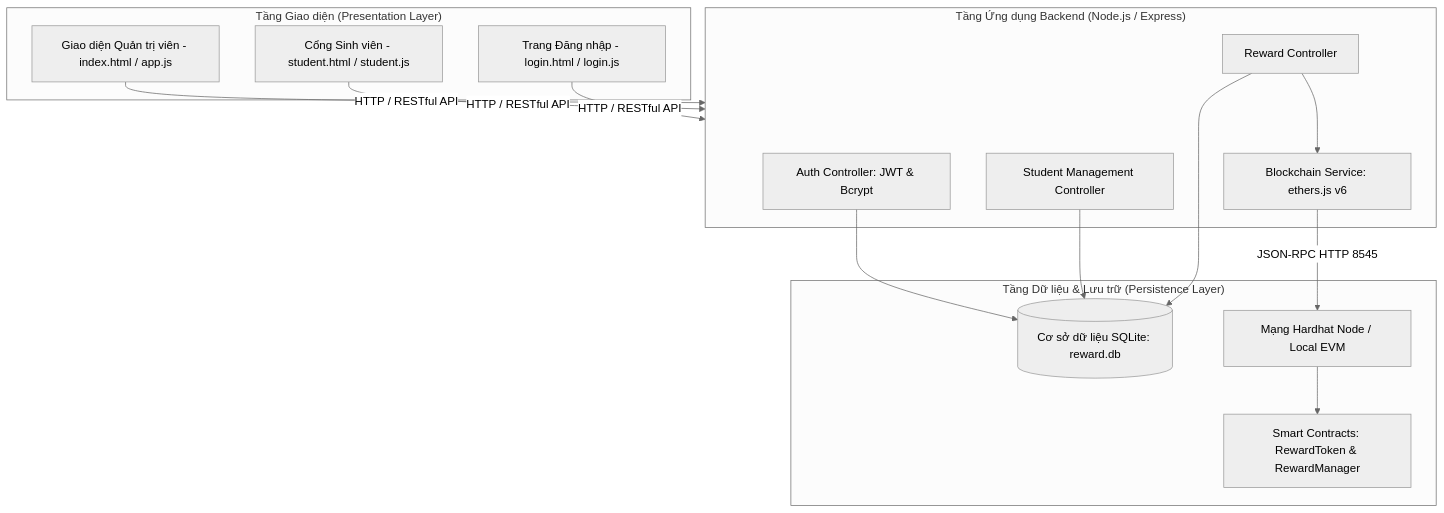
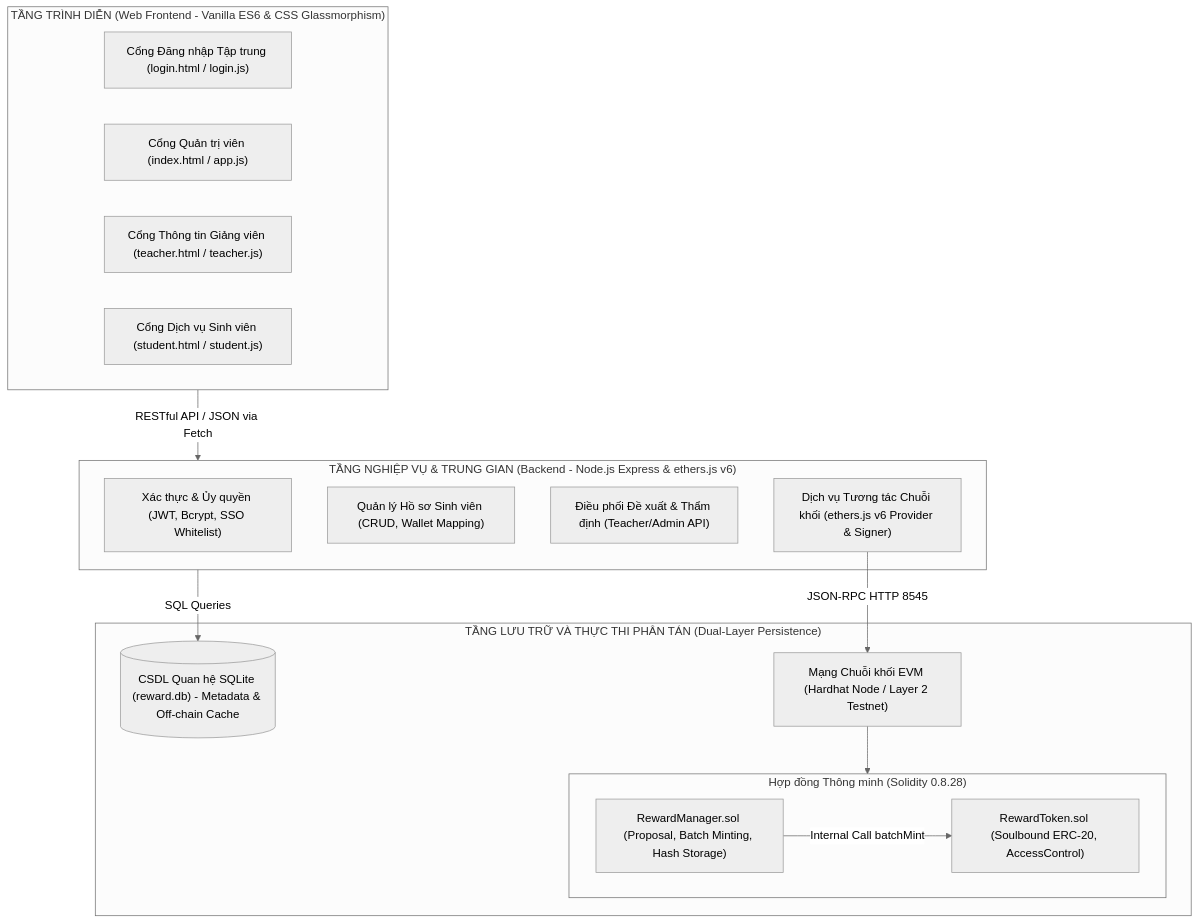
Before and after one commit to phamhoa205/ictu-blockchain: the second of 3 diagrams in docs/BAO_CAO_NGHIEN_CUU_KHOA_HOC_ICTU.md, drawn with Mermaid (neutral theme). The commit also changed other lines of this file and 34 other files, not shown here.

Commit message:
feat: complete ICTU Blockchain Reward System with multi-role portal and Vercel configuration

````diff
--- a/docs/BAO_CAO_NGHIEN_CUU_KHOA_HOC_ICTU.md
+++ b/docs/BAO_CAO_NGHIEN_CUU_KHOA_HOC_ICTU.md
@@ -92,33 +131,31 @@
 ```mermaid
 graph TB
-    subgraph Presentation_Layer ["Tầng Giao diện (Presentation Layer)"]
-        UI_Admin[Giao diện Quản trị viên - index.html / app.js]
-        UI_Student[Cổng Sinh viên - student.html / student.js]
-        UI_Login[Trang Đăng nhập - login.html / login.js]
+    subgraph Presentation_Layer ["TẦNG TRÌNH DIỄN (Web Frontend - Vanilla ES6 & CSS Glassmorphism)"]
+        UI_Login["Cổng Đăng nhập Tập trung (login.html / login.js)"]
+        UI_Admin["Cổng Quản trị viên (index.html / app.js)"]
+        UI_Teacher["Cổng Thông tin Giảng viên (teacher.html / teacher.js)"]
+        UI_Student["Cổng Dịch vụ Sinh viên (student.html / student.js)"]
     end
 
-    subgraph Application_Layer ["Tầng Ứng dụng Backend (Node.js / Express)"]
-        API_Auth[Auth Controller: JWT & Bcrypt]
-        API_Student[Student Management Controller]
-        API_Reward[Reward Controller]
-        Ethers_Service[Blockchain Service: ethers.js v6]
+    subgraph Application_Layer ["TẦNG NGHIỆP VỤ & TRUNG GIAN (Backend - Node.js Express & ethers.js v6)"]
+        Auth_Service["Xác thực & Ủy quyền (JWT, Bcrypt, SSO Whitelist)"]
+        Student_Service["Quản lý Hồ sơ Sinh viên (CRUD, Wallet Mapping)"]
+        Proposal_Service["Điều phối Đề xuất & Thẩm định (Teacher/Admin API)"]
+        Blockchain_Service["Dịch vụ Tương tác Chuỗi khối (ethers.js v6 Provider & Signer)"]
     end
 
-    subgraph Persistence_Layer ["Tầng Dữ liệu & Lưu trữ (Persistence Layer)"]
-        DB_SQLite[(Cơ sở dữ liệu SQLite: reward.db)]
-        Hardhat_Node[Mạng Hardhat Node / Local EVM]
-        Smart_Contracts[Smart Contracts: RewardToken & RewardManager]
+    subgraph Persistence_Layer ["TẦNG LƯU TRỮ VÀ THỰC THI PHÂN TÁN (Dual-Layer Persistence)"]
+        DB_SQLite[("CSDL Quan hệ SQLite (reward.db) - Metadata & Off-chain Cache")]
+        Hardhat_Node["Mạng Chuỗi khối EVM (Hardhat Node / Layer 2 Testnet)"]
+        subgraph Smart_Contracts ["Hợp đồng Thông minh (Solidity 0.8.28)"]
+            SC_Token["RewardToken.sol (Soulbound ERC-20, AccessControl)"]
+            SC_Manager["RewardManager.sol (Proposal, Batch Minting, Hash Storage)"]
+        end
     end
 
-    UI_Admin -->|HTTP / RESTful API| Application_Layer
-    UI_Student -->|HTTP / RESTful API| Application_Layer
-    UI_Login -->|HTTP / RESTful API| Application_Layer
-
-    API_Auth --> DB_SQLite
-    API_Student --> DB_SQLite
-    API_Reward --> DB_SQLite
-
-    API_Reward --> Ethers_Service
-    Ethers_Service -->|JSON-RPC HTTP 8545| Hardhat_Node
+    Presentation_Layer -->|RESTful API / JSON via Fetch| Application_Layer
+    Application_Layer -->|SQL Queries| DB_SQLite
+    Blockchain_Service -->|JSON-RPC HTTP 8545| Hardhat_Node
     Hardhat_Node --> Smart_Contracts
+    SC_Manager -->|Internal Call batchMint| SC_Token
 ```
````
